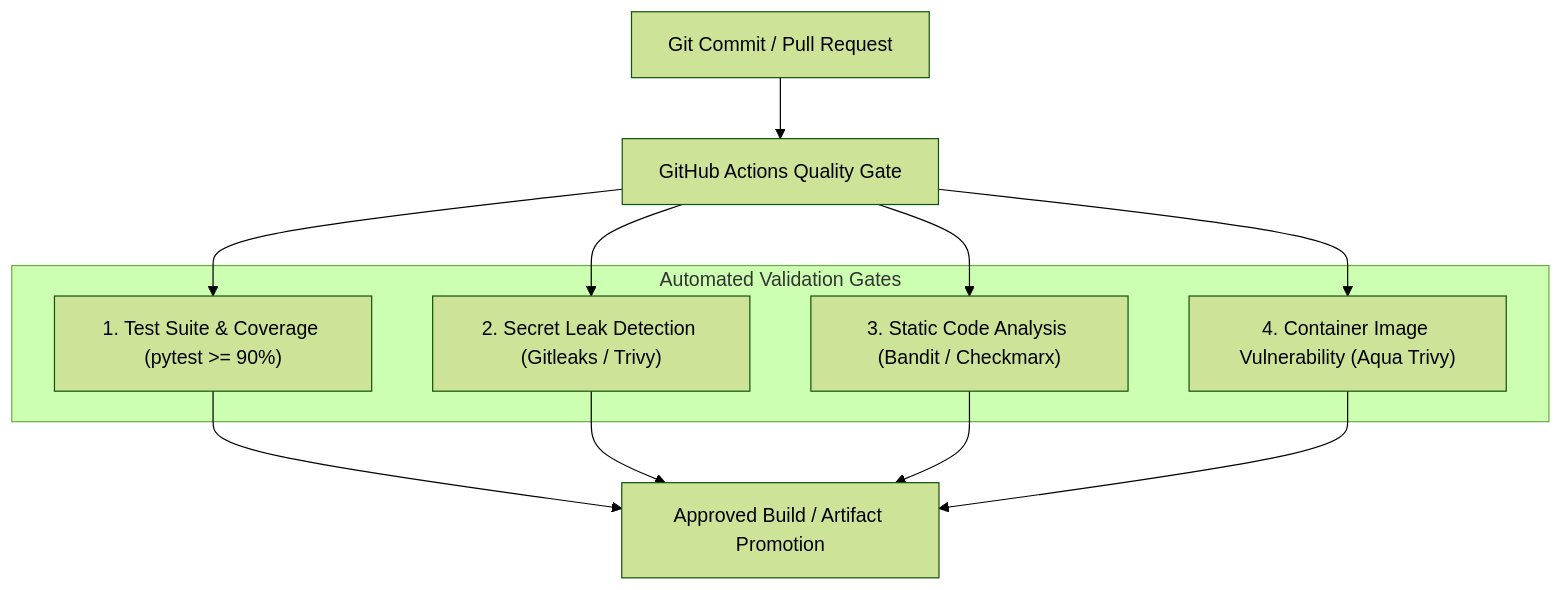
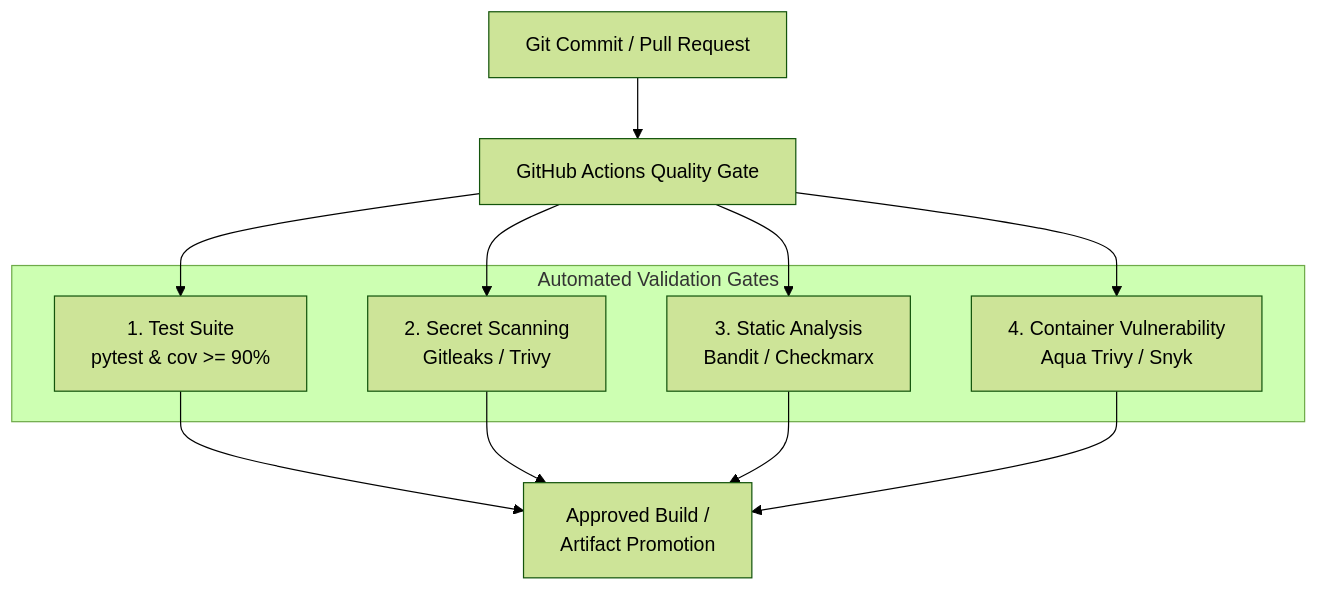
The diagram in docs/SECURITY.md (wyzdr/workforce-data-service), drawn with Mermaid (forest theme) before and after one commit. The commit also changed other lines of this file and 1 other file, not shown here.

````diff
--- a/docs/SECURITY.md
+++ b/docs/SECURITY.md
@@ -40,21 +39,21 @@
 ```mermaid
 flowchart TD
     Commit["Git Commit / Pull Request"] --> Gate["GitHub Actions Quality Gate"]
 
     subgraph SecurityChecks ["Automated Validation Gates"]
-        Test["1. Test Suite & Coverage (pytest >= 90%)"]
-        Secrets["2. Secret Leak Detection (Gitleaks / Trivy)"]
-        SAST["3. Static Code Analysis (Bandit / Checkmarx)"]
-        Container["4. Container Image Vulnerability (Aqua Trivy)"]
+        Test["1. Test Suite<br/>pytest & cov >= 90%"]
+        Secrets["2. Secret Scanning<br/>Gitleaks / Trivy"]
+        SAST["3. Static Analysis<br/>Bandit / Checkmarx"]
+        Container["4. Container Vulnerability<br/>Aqua Trivy / Snyk"]
     end
 
     Gate --> Test
     Gate --> Secrets
     Gate --> SAST
     Gate --> Container
 
-    Test --> Promotion["Approved Build / Artifact Promotion"]
+    Test --> Promotion["Approved Build /<br/>Artifact Promotion"]
     Secrets --> Promotion
     SAST --> Promotion
     Container --> Promotion
 ```
````
